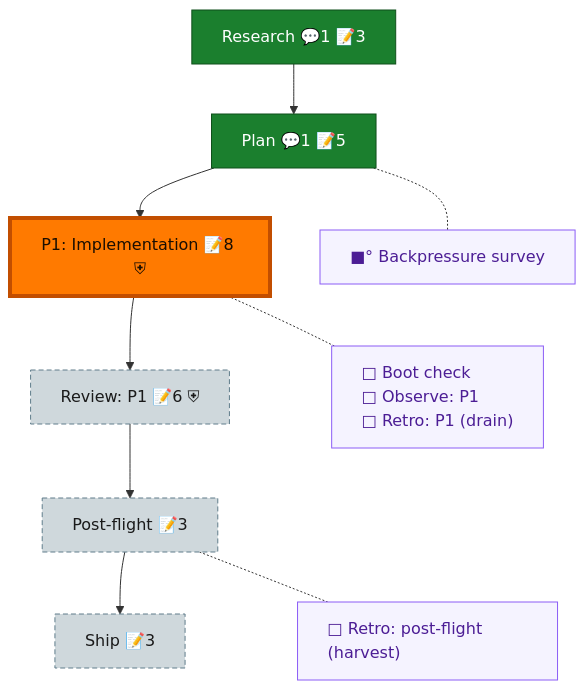
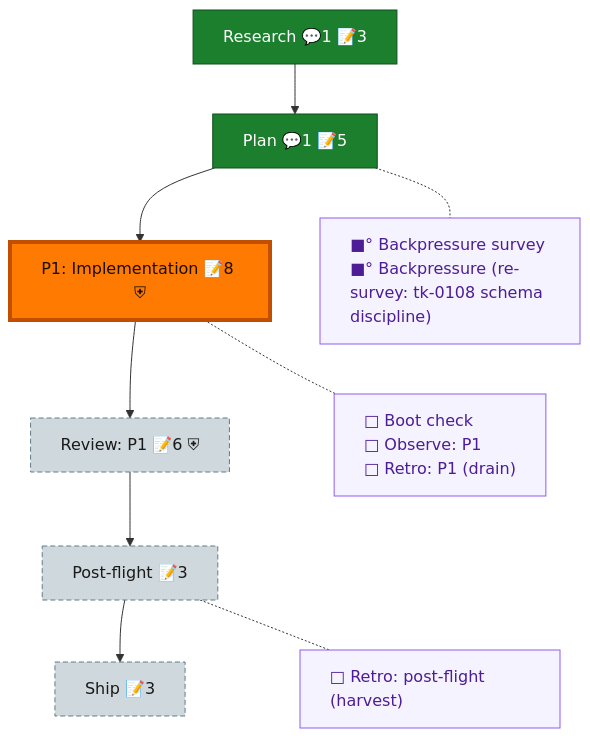
The diagram in docs/plans/003-first-light/the-flow.md (AI-Substrate/flowspace3), drawn with Mermaid before and after one commit. The commit also changed other lines of this file and 7 other files, not shown here.

Commit message:
plan 003: tk-0108 schema-version discipline (doctor applies, every db command checks, dogfood early)

````diff
--- a/docs/plans/003-first-light/the-flow.md
+++ b/docs/plans/003-first-light/the-flow.md
@@ -8,30 +8,30 @@
 ```mermaid
 flowchart TD
     research["Research 💬1 📝3"]:::done
     plan["Plan 💬1 📝5"]:::done
     phase_1["P1: Implementation 📝8 ⛨"]:::known
     review_1["Review: P1 📝6 ⛨"]:::assumed
     post_flight["Post-flight 📝3"]:::assumed
     ship["Ship 📝3"]:::assumed
 
     research --> plan --> phase_1 --> review_1 --> post_flight --> ship
 
-    planC["■° Backpressure survey"]:::chore
+    planC["■° Backpressure survey<br/>■° Backpressure (re-survey: tk-0108 schema discipline)"]:::chore
     phase_1C["□ Boot check<br/>□ Observe: P1<br/>□ Retro: P1 (drain)"]:::chore
     post_flightC["□ Retro: post-flight (harvest)"]:::chore
 
     %% invisible chain holds the gutter boxes in their own column
     planC ~~~ phase_1C ~~~ post_flightC
 
     %% dotted links pull each gutter box beside its node
     plan -.- planC
     phase_1 -.- phase_1C
     post_flight -.- post_flightC
 
     classDef done fill:#1B7F2E,stroke:#0F4F1B,color:#fff;
     classDef known fill:#1E73E8,stroke:#0D3F86,color:#fff;
     classDef assumed fill:#CFD8DC,stroke:#607D8B,color:#1a1a1a,stroke-dasharray:5 3;
     classDef chore fill:#f5f3ff,stroke:#8b5cf6,color:#4c1d95,text-align:left;
     classDef current fill:#FF7A00,stroke:#C24E00,color:#1a0e00,stroke-width:4px;
     class phase_1 current;
 ```
````
